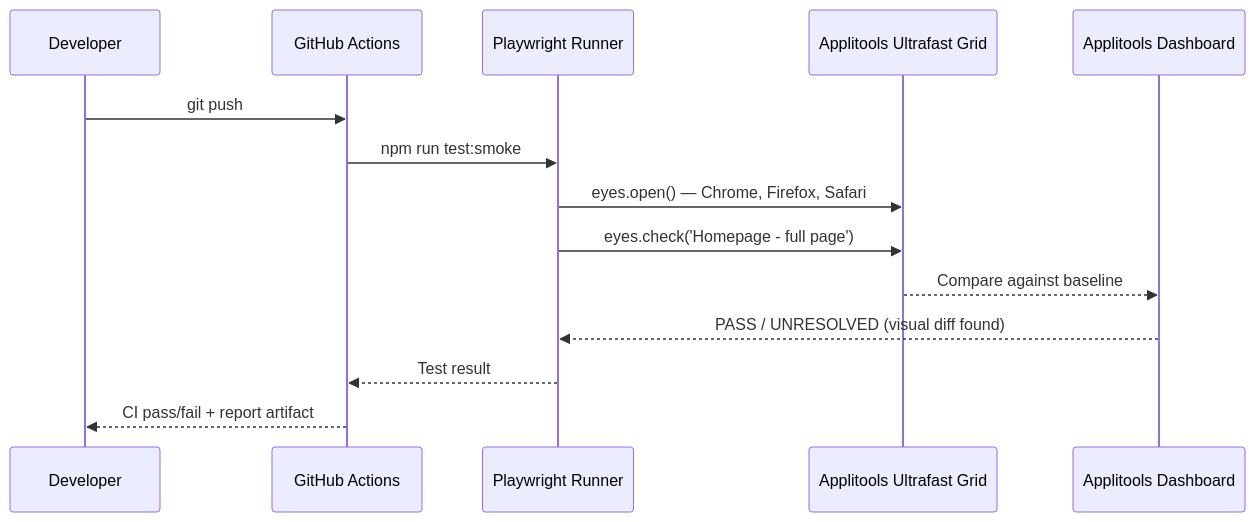
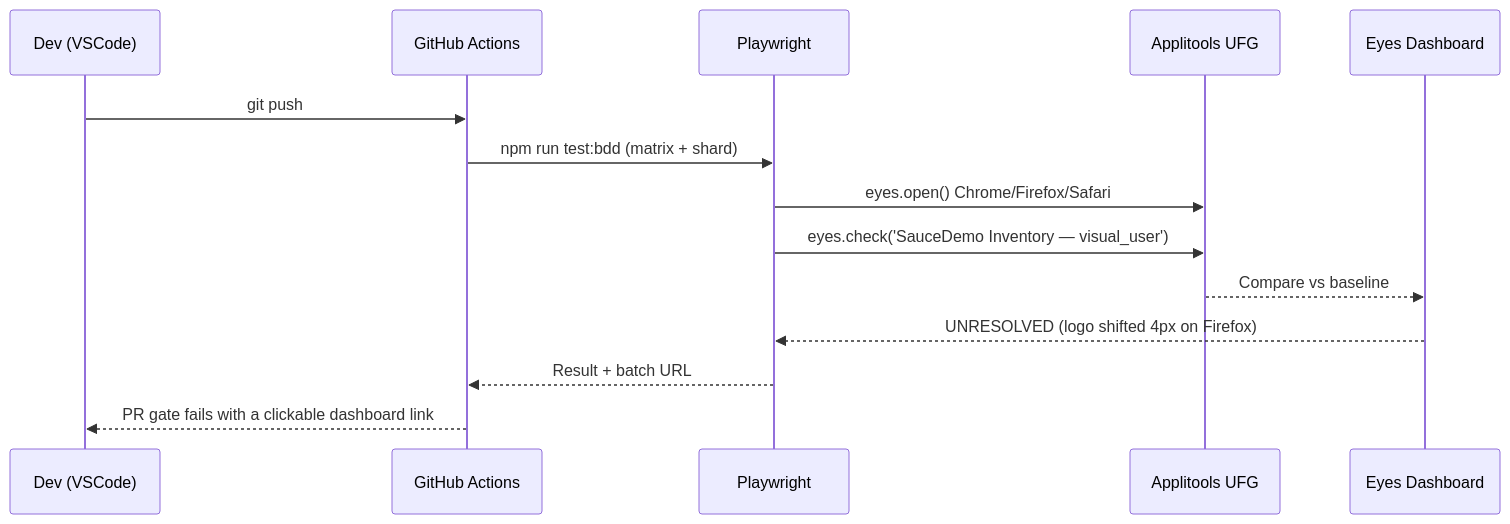
Before and after one commit to rashmieravichandran06121989/qa-ai-automation-framework: the second of 2 diagrams in README.md, drawn with Mermaid. The commit also changed other lines of this file and 101 other files, not shown here.

First line of the commit message:
Phase 1 deliverable: SauceDemo + OrangeHRM + hardened CI

````diff
--- a/README.md
+++ b/README.md
@@ -45,17 +66,17 @@
 ```mermaid
 sequenceDiagram
-    participant Dev as Developer
+    participant Dev as Dev (VSCode)
     participant GH as GitHub Actions
-    participant PW as Playwright Runner
-    participant Eyes as Applitools Ultrafast Grid
-    participant DB as Applitools Dashboard
+    participant PW as Playwright
+    participant Eyes as Applitools UFG
+    participant DB as Eyes Dashboard
 
     Dev->>GH: git push
-    GH->>PW: npm run test:smoke
-    PW->>Eyes: eyes.open() — Chrome, Firefox, Safari
-    PW->>Eyes: eyes.check('Homepage - full page')
-    Eyes-->>DB: Compare against baseline
-    DB-->>PW: PASS / UNRESOLVED (visual diff found)
-    PW-->>GH: Test result
-    GH-->>Dev: CI pass/fail + report artifact
+    GH->>PW: npm run test:bdd (matrix + shard)
+    PW->>Eyes: eyes.open() Chrome/Firefox/Safari
+    PW->>Eyes: eyes.check('SauceDemo Inventory — visual_user')
+    Eyes-->>DB: Compare vs baseline
+    DB-->>PW: UNRESOLVED (logo shifted 4px on Firefox)
+    PW-->>GH: Result + batch URL
+    GH-->>Dev: PR gate fails with a clickable dashboard link
 ```
````
